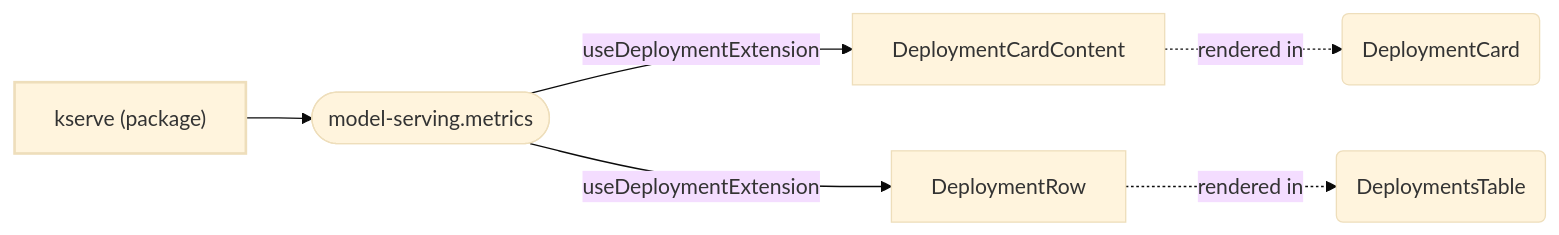
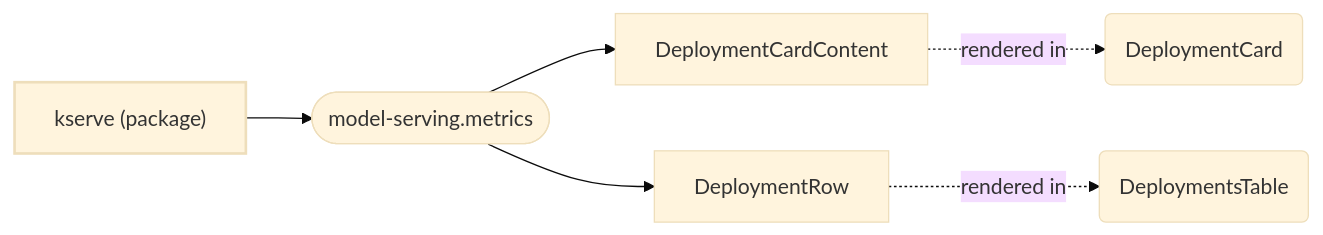
Before and after one commit to mturley/odh-dashboard: diagram 14 of 19 in packages/model-serving/docs/extensions.md, drawn with Mermaid (base theme). The commit also changed other lines of this file and 28 other files, not shown here.

````diff
--- a/packages/model-serving/docs/extensions.md
+++ b/packages/model-serving/docs/extensions.md
@@ -816,16 +883,16 @@
 ```mermaid
 flowchart LR
   classDef pkg stroke-width:2px
   classDef point stroke-width:1px
   n_pkg__odh_dashboard_kserve_5ec96a["kserve (package)"]:::pkg
   n_model_serving_metrics_8c16bc(["model-serving.metrics"]):::point
   n_pkg__odh_dashboard_kserve_5ec96a --> n_model_serving_metrics_8c16bc
   n_symbol_packages_model_serving_modelRegistry_ModelDetailsDeploymentCard_tsx_DeploymentCardContent_e8e12b["DeploymentCardContent"]
-  n_model_serving_metrics_8c16bc -- "useDeploymentExtension" --> n_symbol_packages_model_serving_modelRegistry_ModelDetailsDeploymentCard_tsx_DeploymentCardContent_e8e12b
+  n_model_serving_metrics_8c16bc --> n_symbol_packages_model_serving_modelRegistry_ModelDetailsDeploymentCard_tsx_DeploymentCardContent_e8e12b
   n_symbol_packages_model_serving_src_components_deployments_row_DeploymentsTableRow_tsx_DeploymentRow_4a6253["DeploymentRow"]
-  n_model_serving_metrics_8c16bc -- "useDeploymentExtension" --> n_symbol_packages_model_serving_src_components_deployments_row_DeploymentsTableRow_tsx_DeploymentRow_4a6253
+  n_model_serving_metrics_8c16bc --> n_symbol_packages_model_serving_src_components_deployments_row_DeploymentsTableRow_tsx_DeploymentRow_4a6253
   n_symbol_packages_model_serving_modelRegistry_ModelDetailsDeploymentCard_tsx_DeploymentCard_dc70f2("DeploymentCard")
   n_symbol_packages_model_serving_src_components_deployments_DeploymentsTable_tsx_DeploymentsTable_e63685("DeploymentsTable")
   n_symbol_packages_model_serving_modelRegistry_ModelDetailsDeploymentCard_tsx_DeploymentCardContent_e8e12b -. "rendered in" .-> n_symbol_packages_model_serving_modelRegistry_ModelDetailsDeploymentCard_tsx_DeploymentCard_dc70f2
   n_symbol_packages_model_serving_src_components_deployments_row_DeploymentsTableRow_tsx_DeploymentRow_4a6253 -. "rendered in" .-> n_symbol_packages_model_serving_src_components_deployments_DeploymentsTable_tsx_DeploymentsTable_e63685
 ```
````
